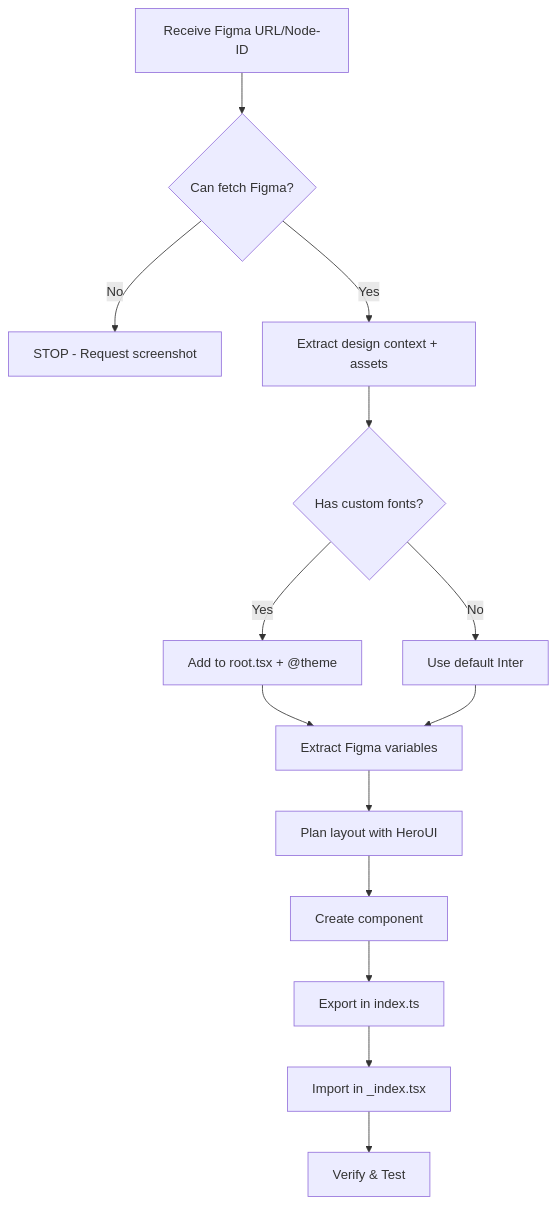
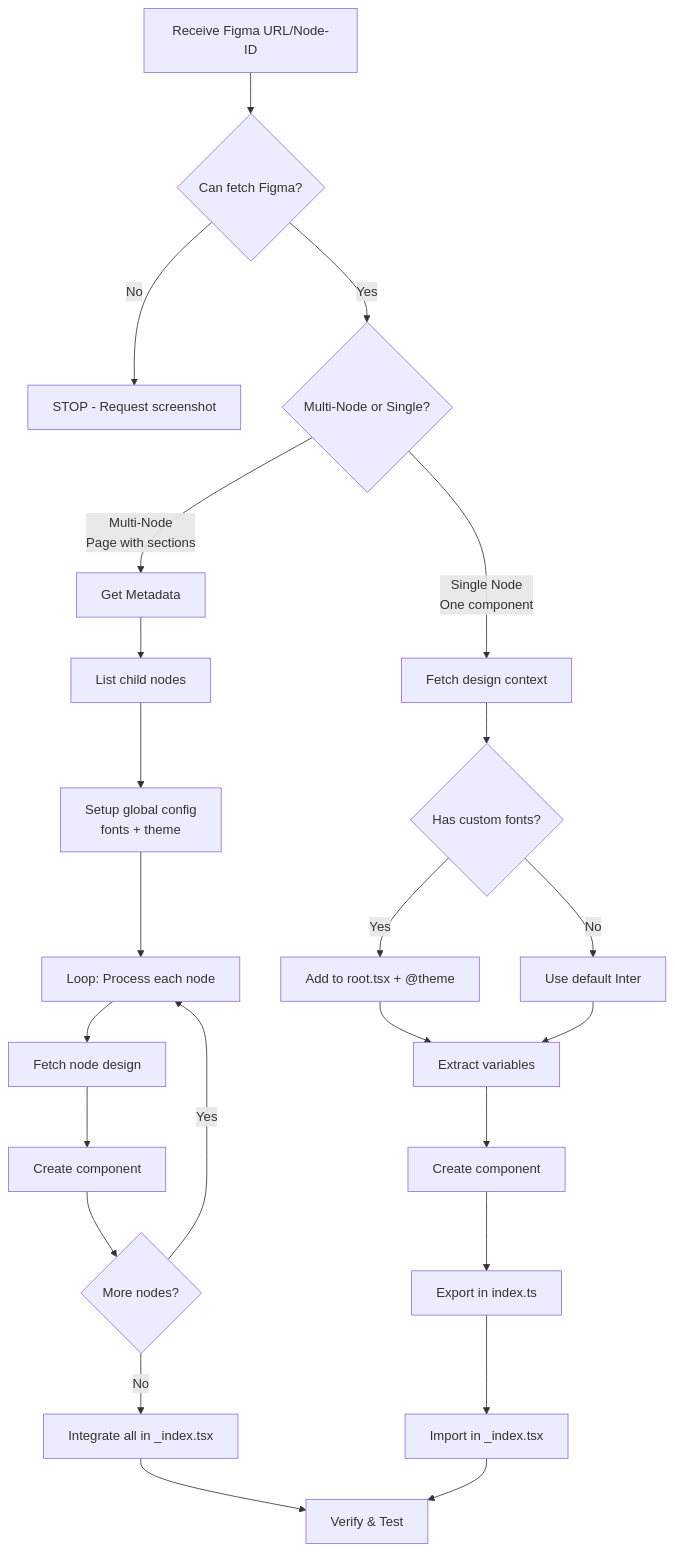
The diagram in WARP.md (PhamSon1512/nail_slay_fe), drawn with Mermaid before and after one commit. The commit also changed other lines of this file, not shown here.

First line of the commit message:
chore: Choose Workflow Path - Decide between Single Node and Multi-Node workflows

````diff
--- a/WARP.md
+++ b/WARP.md
@@ -49,16 +49,29 @@
 ```mermaid
 flowchart TD
     A[Receive Figma URL/Node-ID] --> B{Can fetch Figma?}
     B -->|No| C[STOP - Request screenshot]
-    B -->|Yes| D[Extract design context + assets]
-    D --> E{Has custom fonts?}
-    E -->|Yes| F[Add to root.tsx + @theme]
-    E -->|No| G[Use default Inter]
-    F --> H[Extract Figma variables]
-    G --> H
-    H --> I[Plan layout with HeroUI]
+    B -->|Yes| D{Multi-Node or Single?}
+    
+    D -->|Multi-Node<br/>Page with sections| E[Get Metadata]
+    E --> F[List child nodes]
+    F --> G[Setup global config<br/>fonts + theme]
+    G --> H[Loop: Process each node]
+    H --> I[Fetch node design]
     I --> J[Create component]
-    J --> K[Export in index.ts]
-    K --> L[Import in _index.tsx]
-    L --> M[Verify & Test]
+    J --> K{More nodes?}
+    K -->|Yes| H
+    K -->|No| L[Integrate all in _index.tsx]
+    
+    D -->|Single Node<br/>One component| M[Fetch design context]
+    M --> N{Has custom fonts?}
+    N -->|Yes| O[Add to root.tsx + @theme]
+    N -->|No| P[Use default Inter]
+    O --> Q[Extract variables]
+    P --> Q
+    Q --> R[Create component]
+    R --> S[Export in index.ts]
+    S --> T[Import in _index.tsx]
+    
+    L --> V[Verify & Test]
+    T --> V
 ```
````
